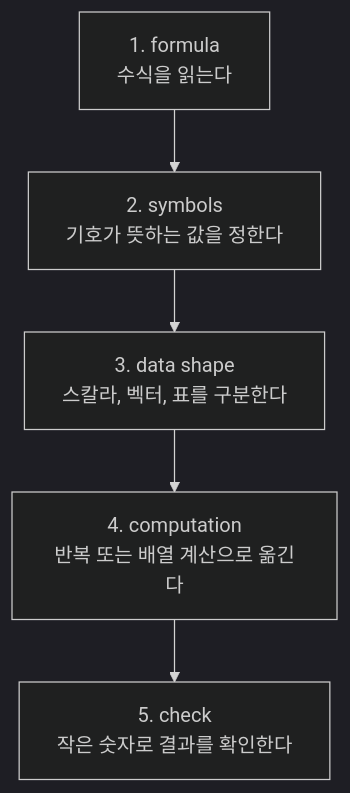
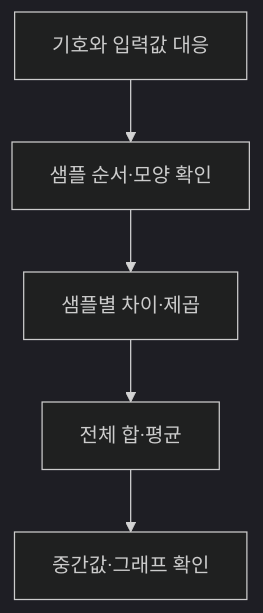
One commit to devchan64/AiBook changed the diagram in docs/assets/part-02/chapter-15/formula-to-code-flow-ko.mmd. Above: the diagram before and after it, drawn with Mermaid (dark theme). The commit also changed 22 other files, not shown here.

```diff
--- a/docs/assets/part-02/chapter-15/formula-to-code-flow-ko.mmd
+++ b/docs/assets/part-02/chapter-15/formula-to-code-flow-ko.mmd
@@ -1,8 +1,8 @@
 flowchart TD
-  A["1. formula<br/>수식을 읽는다"]
-  B["2. symbols<br/>기호가 뜻하는 값을 정한다"]
-  C["3. data shape<br/>스칼라, 벡터, 표를 구분한다"]
-  D["4. computation<br/>반복 또는 배열 계산으로 옮긴다"]
-  E["5. check<br/>작은 숫자로 결과를 확인한다"]
+  A["기호와 입력값 대응"]
+  B["샘플 순서·모양 확인"]
+  C["샘플별 차이·제곱"]
+  D["전체 합·평균"]
+  E["중간값·그래프 확인"]
 
   A --> B --> C --> D --> E
```
